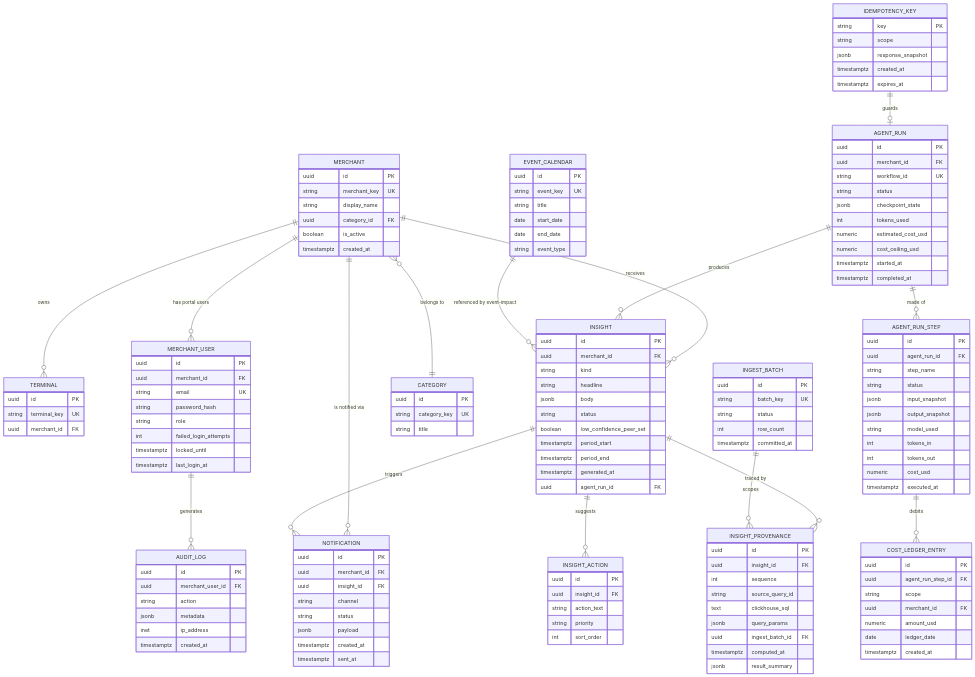
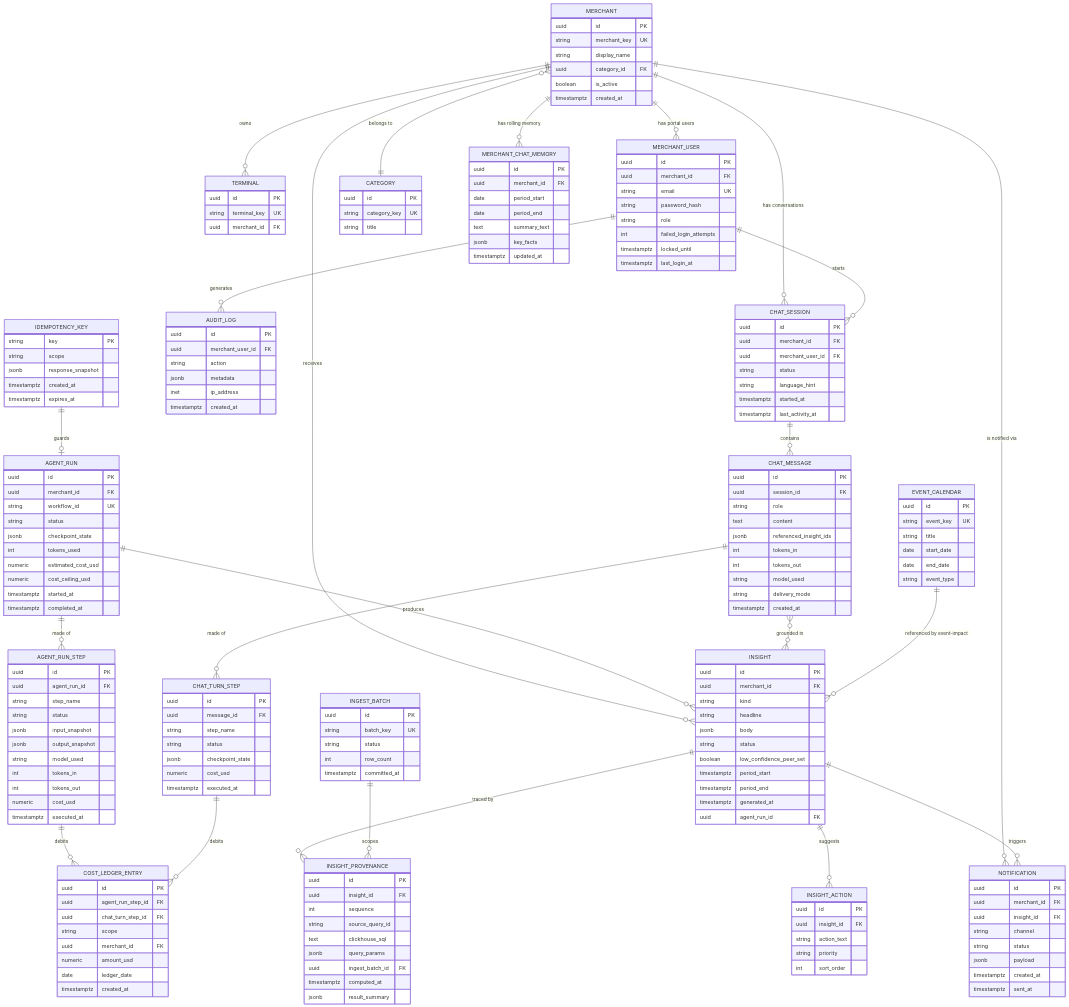
The second of 7 diagrams in spec.md (MostafaMashhadi/ZarinPalMerchantDashboard), drawn with Mermaid before and after one commit. The commit also changed other lines of this file, not shown here.

Commit message:
spec.md updated(ChatBot Included)

```diff
--- a/spec.md
+++ b/spec.md
@@ -230,13 +270,20 @@
     MERCHANT ||--o{ INSIGHT : receives
     MERCHANT ||--o{ NOTIFICATION : "is notified via"
     MERCHANT }o--|| CATEGORY : "belongs to"
+    MERCHANT ||--o{ CHAT_SESSION : "has conversations"
+    MERCHANT ||--o{ MERCHANT_CHAT_MEMORY : "has rolling memory"
     INSIGHT ||--o{ INSIGHT_PROVENANCE : "traced by"
     INSIGHT ||--o{ INSIGHT_ACTION : suggests
     INSIGHT ||--o{ NOTIFICATION : triggers
     AGENT_RUN ||--o{ INSIGHT : produces
     AGENT_RUN ||--o{ AGENT_RUN_STEP : "made of"
     AGENT_RUN_STEP ||--o{ COST_LEDGER_ENTRY : debits
+    CHAT_SESSION ||--o{ CHAT_MESSAGE : contains
+    CHAT_MESSAGE ||--o{ CHAT_TURN_STEP : "made of"
+    CHAT_MESSAGE }o--o{ INSIGHT : "grounded in"
+    CHAT_TURN_STEP ||--o{ COST_LEDGER_ENTRY : debits
     MERCHANT_USER ||--o{ AUDIT_LOG : generates
+    MERCHANT_USER ||--o{ CHAT_SESSION : starts
     IDEMPOTENCY_KEY ||--o| AGENT_RUN : guards
     INGEST_BATCH ||--o{ INSIGHT_PROVENANCE : "scopes"
     EVENT_CALENDAR ||--o{ INSIGHT : "referenced by event-impact"
@@ -342,9 +389,49 @@
         numeric cost_usd
         timestamptz executed_at
     }
+    CHAT_SESSION {
+        uuid id PK
+        uuid merchant_id FK
+        uuid merchant_user_id FK
+        string status
+        string language_hint
+        timestamptz started_at
+        timestamptz last_activity_at
+    }
+    CHAT_MESSAGE {
+        uuid id PK
+        uuid session_id FK
+        string role
+        text content
+        jsonb referenced_insight_ids
+        int tokens_in
+        int tokens_out
+        string model_used
+        string delivery_mode
+        timestamptz created_at
+    }
+    CHAT_TURN_STEP {
+        uuid id PK
+        uuid message_id FK
+        string step_name
+        string status
+        jsonb checkpoint_state
+        numeric cost_usd
+        timestamptz executed_at
+    }
+    MERCHANT_CHAT_MEMORY {
+        uuid id PK
+        uuid merchant_id FK
+        date period_start
+        date period_end
+        text summary_text
+        jsonb key_facts
+        timestamptz updated_at
+    }
     COST_LEDGER_ENTRY {
         uuid id PK
         uuid agent_run_step_id FK
+        uuid chat_turn_step_id FK
         string scope
         uuid merchant_id FK
         numeric amount_usd
```
